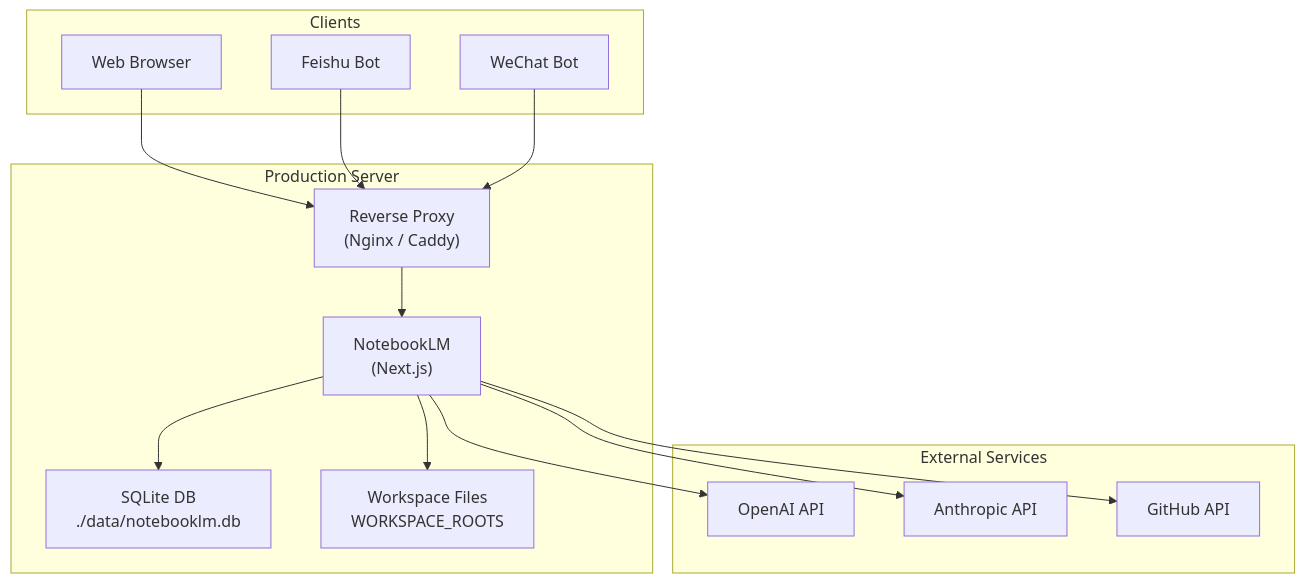
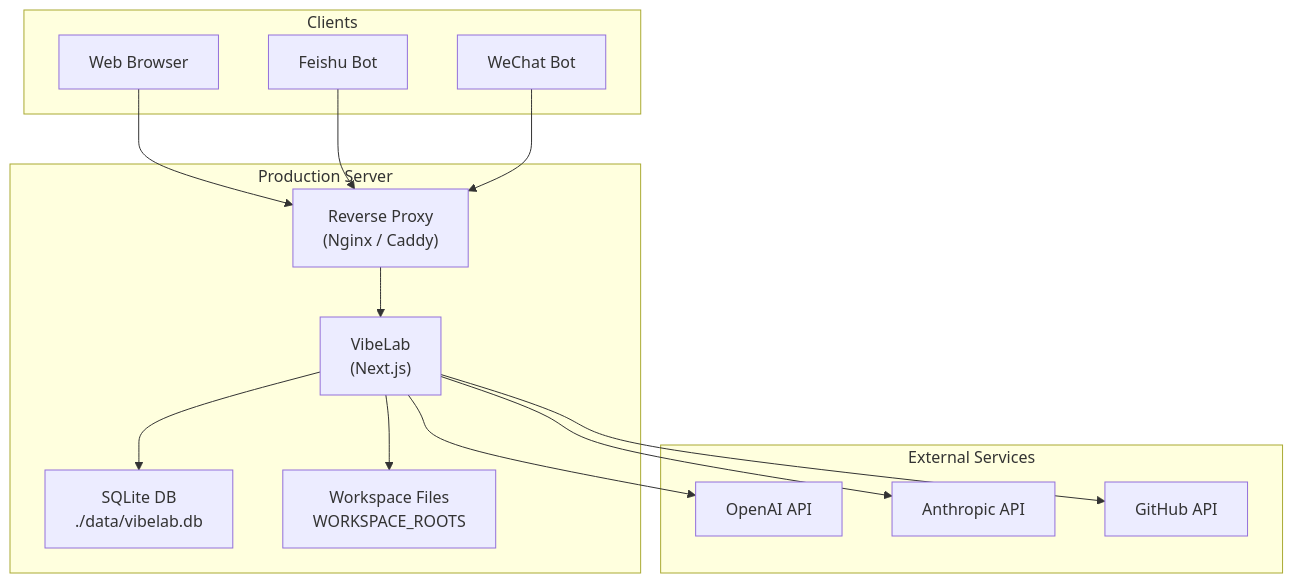
The diagram in docs/getting-started/deployment.md (zjowowen/InnoClaw), drawn with Mermaid before and after one commit. The commit also changed other lines of this file and 29 other files, not shown here.

````diff
--- a/docs/getting-started/deployment.md
+++ b/docs/getting-started/deployment.md
@@ -7,31 +7,31 @@
 ```{mermaid}
 graph TB
     subgraph Clients["Clients"]
         Browser["Web Browser"]
         FeishuBot["Feishu Bot"]
         WeChatBot["WeChat Bot"]
     end
 
     subgraph Host["Production Server"]
         Proxy["Reverse Proxy<br/>(Nginx / Caddy)"]
-        App["NotebookLM<br/>(Next.js)"]
-        SQLite["SQLite DB<br/>./data/notebooklm.db"]
+        App["VibeLab<br/>(Next.js)"]
+        SQLite["SQLite DB<br/>./data/vibelab.db"]
         Workspace["Workspace Files<br/>WORKSPACE_ROOTS"]
     end
 
     subgraph External["External Services"]
         OpenAI["OpenAI API"]
         Anthropic["Anthropic API"]
         GitHub["GitHub API"]
     end
 
     Browser --> Proxy
     FeishuBot --> Proxy
     WeChatBot --> Proxy
     Proxy --> App
     App --> SQLite
     App --> Workspace
     App --> OpenAI
     App --> Anthropic
     App --> GitHub
 ```
````
